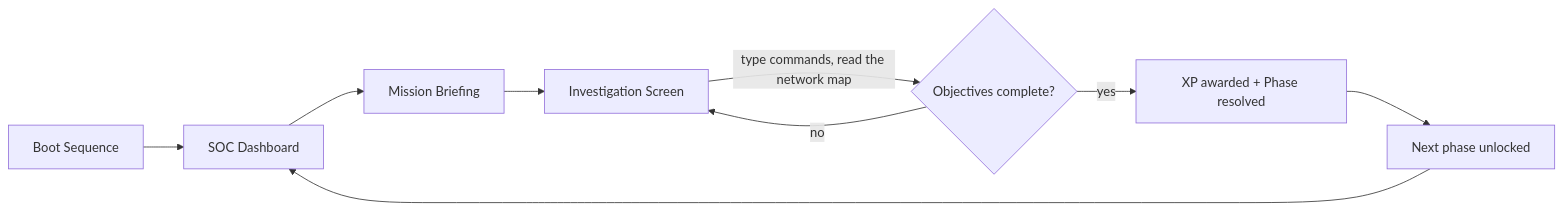
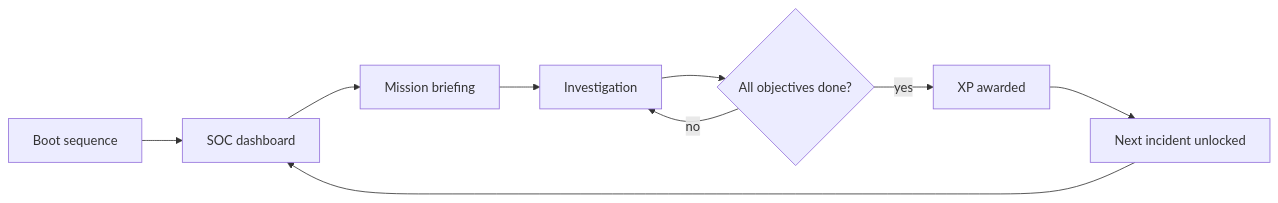
Before and after one commit to dunif2/Protocol_Breach_Backup_V1: the diagram in README.md, drawn with Mermaid. The commit also changed other lines of this file and 7 other files, not shown here.

````diff
--- a/README.md
+++ b/README.md
@@ -38,11 +35,11 @@
 ```mermaid
 flowchart LR
-    A[Boot Sequence] --> B[SOC Dashboard]
-    B --> C[Mission Briefing]
-    C --> D[Investigation Screen]
-    D -->|type commands, read the network map| E{Objectives complete?}
+    A[Boot sequence] --> B[SOC dashboard]
+    B --> C[Mission briefing]
+    C --> D[Investigation]
+    D --> E{All objectives done?}
     E -- no --> D
-    E -- yes --> F[XP awarded + Phase resolved]
-    F --> G[Next phase unlocked]
+    E -- yes --> F[XP awarded]
+    F --> G[Next incident unlocked]
     G --> B
 ```
````
